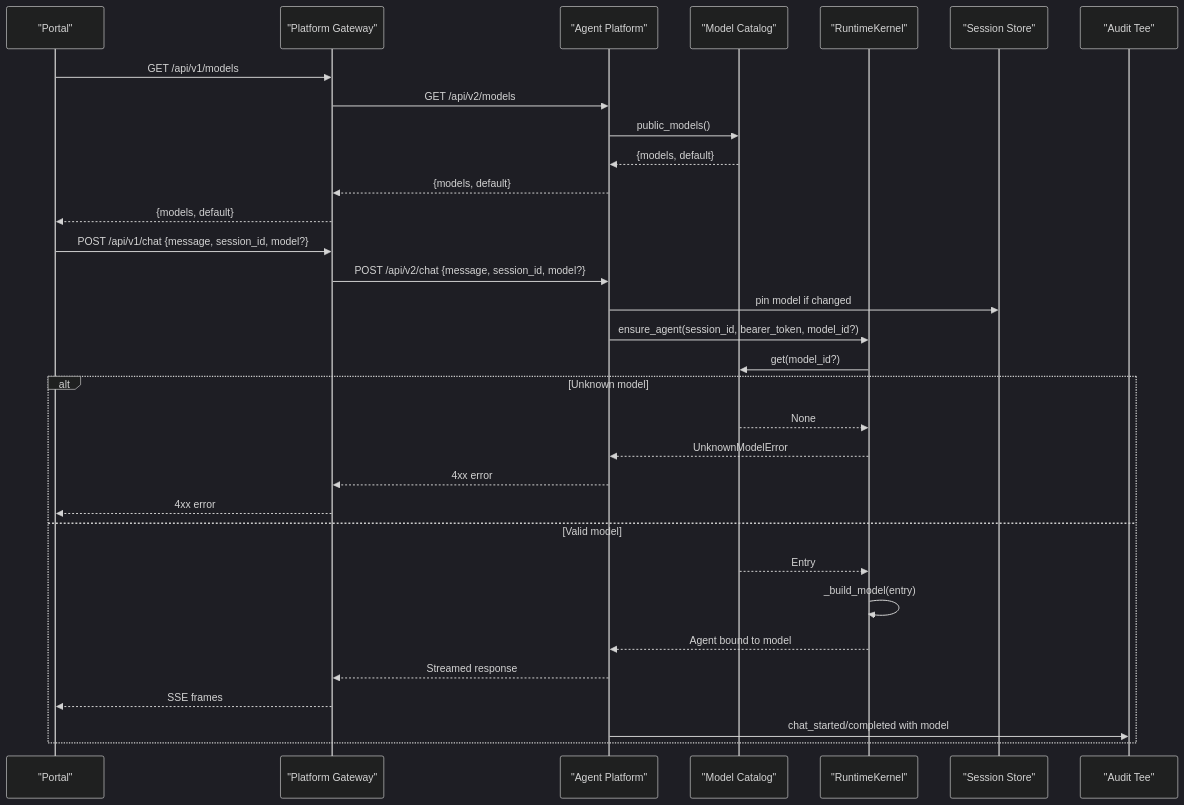
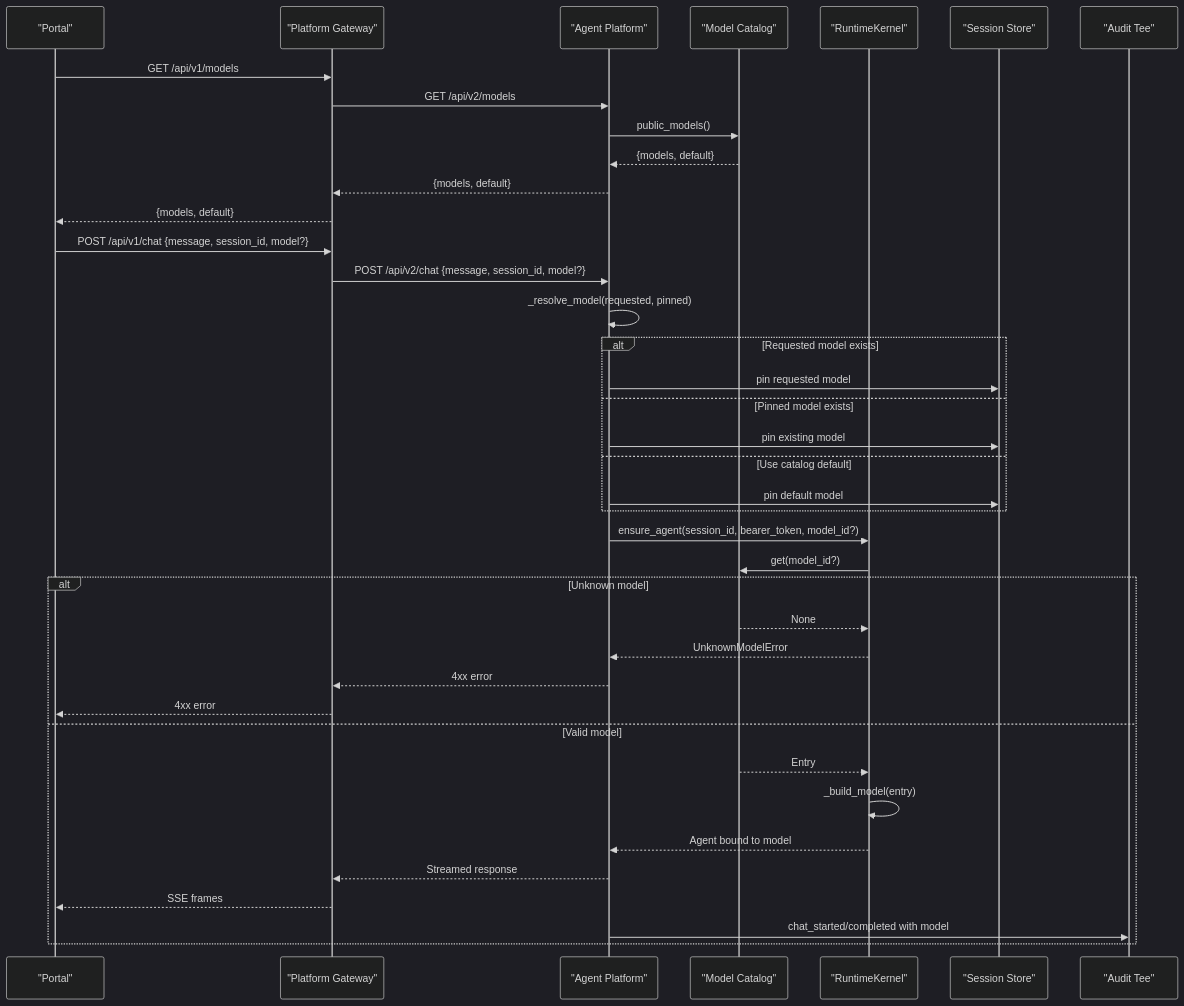
The second of 7 diagrams in .qoder/repowiki/en/content/Architecture Documentation/SPEC-024_ Runtime LLM Model Switching.md (metasync/luban-aiops), drawn with Mermaid (dark theme) before and after one commit. The commit also changed other lines of this file and 7 other files, not shown here.

````diff
--- a/.qoder/repowiki/en/content/Architecture Documentation/SPEC-024_ Runtime LLM Model Switching.md
+++ b/.qoder/repowiki/en/content/Architecture Documentation/SPEC-024_ Runtime LLM Model Switching.md
@@ -84,34 +99,41 @@
 ```mermaid
 sequenceDiagram
 participant Client as "Portal"
 participant Gateway as "Platform Gateway"
 participant Agent as "Agent Platform"
 participant Catalog as "Model Catalog"
 participant Kernel as "RuntimeKernel"
 participant Store as "Session Store"
 participant Audit as "Audit Tee"
 Client->>Gateway : GET /api/v1/models
 Gateway->>Agent : GET /api/v2/models
 Agent->>Catalog : public_models()
 Catalog-->>Agent : {models, default}
 Agent-->>Gateway : {models, default}
 Gateway-->>Client : {models, default}
 Client->>Gateway : POST /api/v1/chat {message, session_id, model?}
 Gateway->>Agent : POST /api/v2/chat {message, session_id, model?}
-Agent->>Store : pin model if changed
+Agent->>Agent : _resolve_model(requested, pinned)
+alt Requested model exists
+Agent->>Store : pin requested model
+else Pinned model exists
+Agent->>Store : pin existing model
+else Use catalog default
+Agent->>Store : pin default model
+end
 Agent->>Kernel : ensure_agent(session_id, bearer_token, model_id?)
 Kernel->>Catalog : get(model_id?)
 alt Unknown model
 Catalog-->>Kernel : None
 Kernel-->>Agent : UnknownModelError
 Agent-->>Gateway : 4xx error
 Gateway-->>Client : 4xx error
 else Valid model
 Catalog-->>Kernel : Entry
 Kernel->>Kernel : _build_model(entry)
 Kernel-->>Agent : Agent bound to model
 Agent-->>Gateway : Streamed response
 Gateway-->>Client : SSE frames
 Agent->>Audit : chat_started/completed with model
 end
 ```
````
